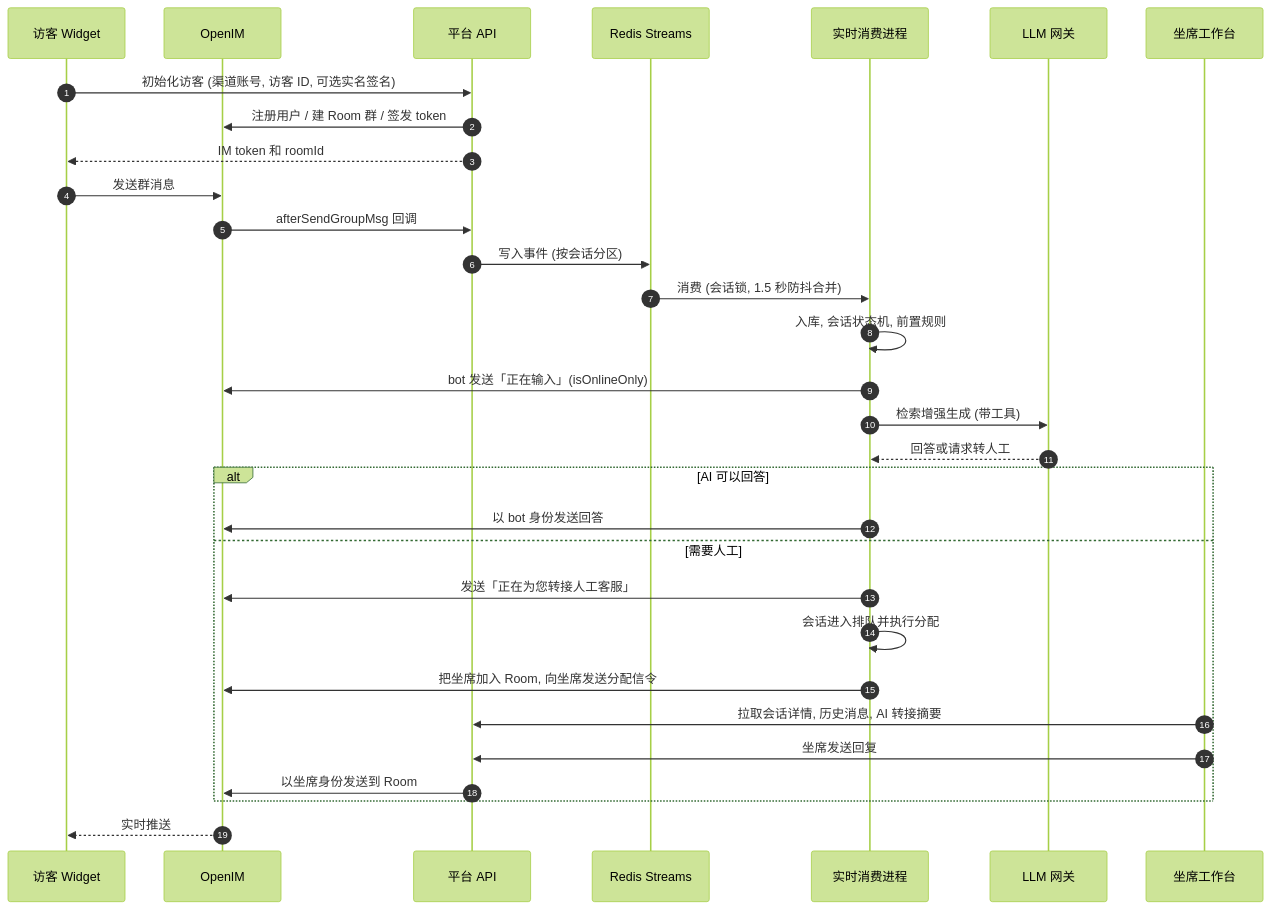
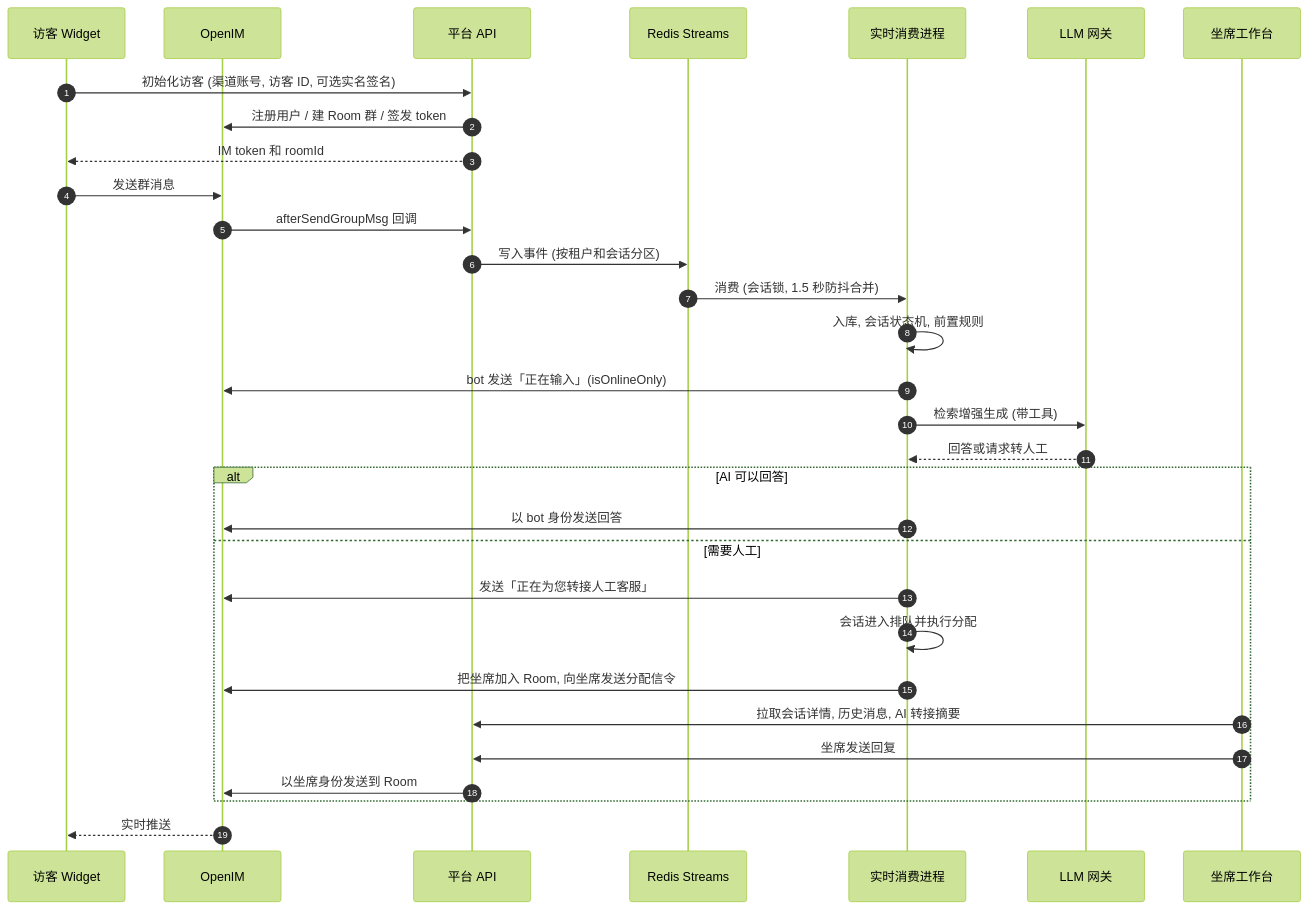
Before and after one commit to brianabc121/EnterpriseDigitalPlatform: the fourth of 8 diagrams in docs/plans/2026-09-28-enterprise-digital-platform-design.md, drawn with Mermaid (forest theme). The commit also changed other lines of this file and 1 other file, not shown here.

````diff
--- a/docs/plans/2026-09-28-enterprise-digital-platform-design.md
+++ b/docs/plans/2026-09-28-enterprise-digital-platform-design.md
@@ -404,33 +658,33 @@
 ```mermaid
 sequenceDiagram
   autonumber
   participant V as 访客 Widget
   participant IM as OpenIM
   participant API as 平台 API
   participant RS as Redis Streams
   participant RT as 实时消费进程
   participant LLM as LLM 网关
   participant A as 坐席工作台
   V->>API: 初始化访客 (渠道账号, 访客 ID, 可选实名签名)
   API->>IM: 注册用户 / 建 Room 群 / 签发 token
   API-->>V: IM token 和 roomId
   V->>IM: 发送群消息
   IM->>API: afterSendGroupMsg 回调
-  API->>RS: 写入事件 (按会话分区)
+  API->>RS: 写入事件 (按租户和会话分区)
   RS->>RT: 消费 (会话锁, 1.5 秒防抖合并)
   RT->>RT: 入库, 会话状态机, 前置规则
   RT->>IM: bot 发送「正在输入」(isOnlineOnly)
   RT->>LLM: 检索增强生成 (带工具)
   LLM-->>RT: 回答或请求转人工
   alt AI 可以回答
     RT->>IM: 以 bot 身份发送回答
   else 需要人工
     RT->>IM: 发送「正在为您转接人工客服」
     RT->>RT: 会话进入排队并执行分配
     RT->>IM: 把坐席加入 Room, 向坐席发送分配信令
     A->>API: 拉取会话详情, 历史消息, AI 转接摘要
     A->>API: 坐席发送回复
     API->>IM: 以坐席身份发送到 Room
   end
   IM-->>V: 实时推送
 ```
````
